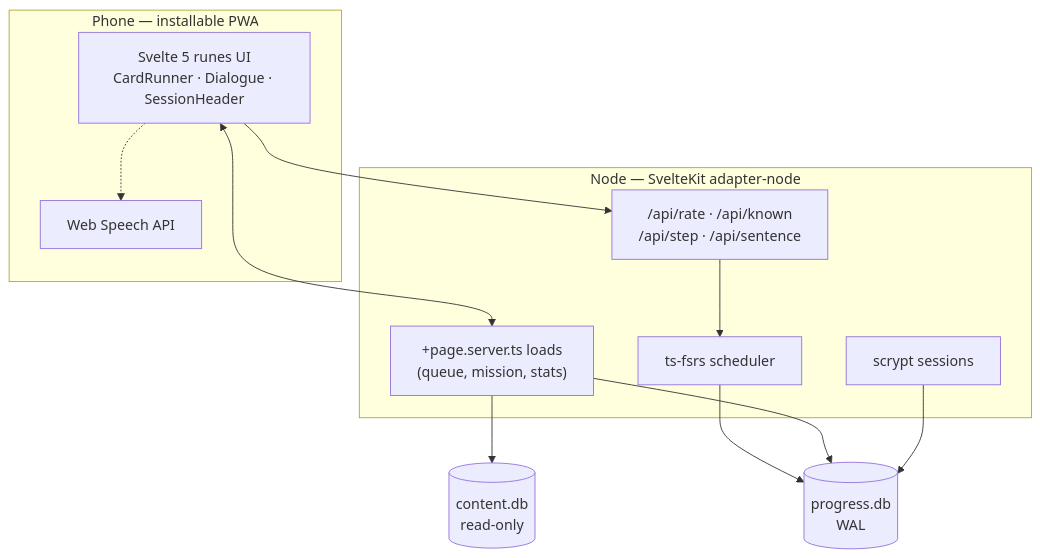
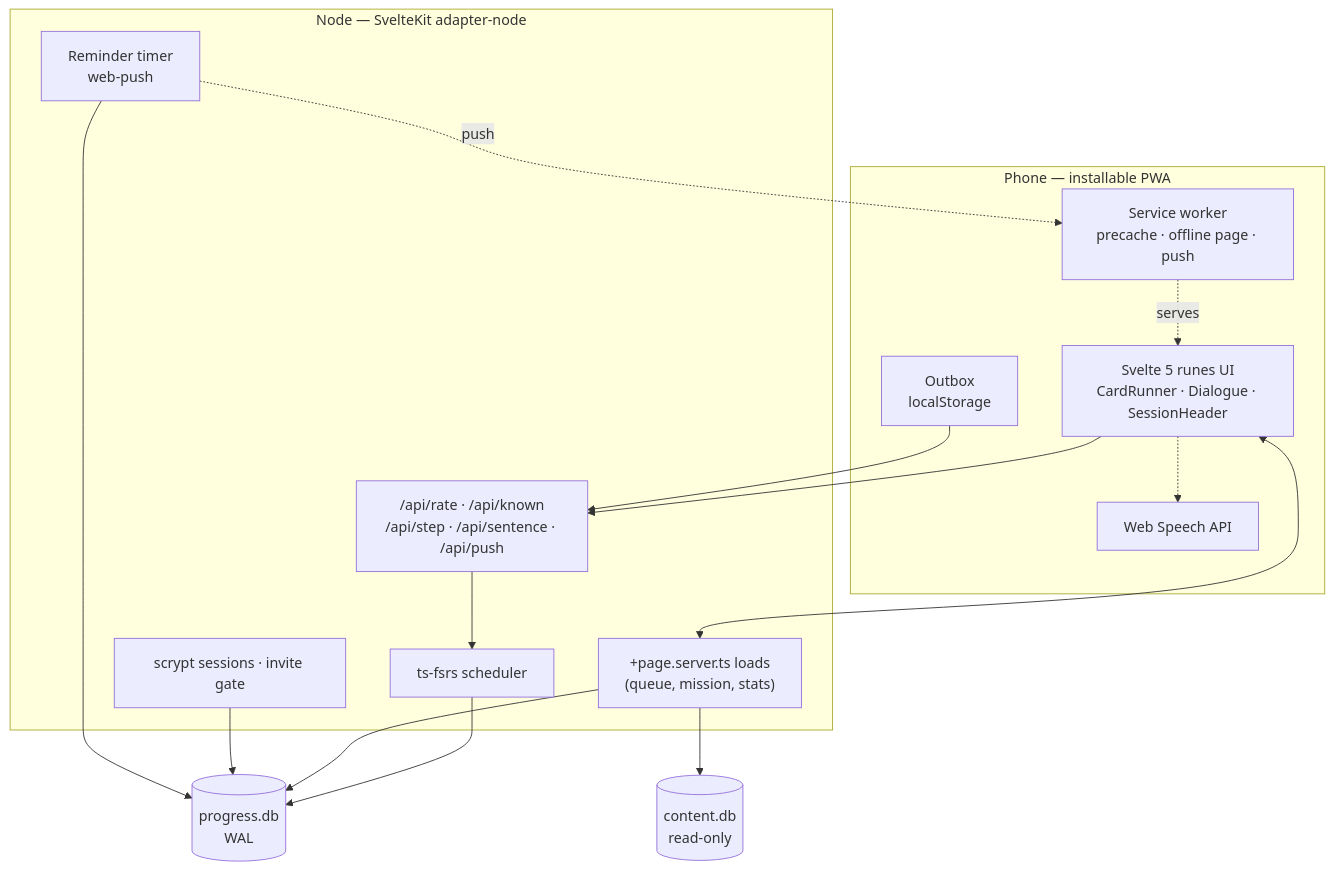
The second of 2 diagrams in README.md (junsangyooo/junglish), drawn with Mermaid before and after one commit. The commit also changed other lines of this file and 16 other files, not shown here.

````diff
--- a/README.md
+++ b/README.md
@@ -120,24 +156,31 @@
 ```mermaid
 flowchart TB
     subgraph Browser["Phone — installable PWA"]
         UI["Svelte 5 runes UI<br/>CardRunner · Dialogue · SessionHeader"]
+        SW["Service worker<br/>precache · offline page · push"]
+        OUT["Outbox<br/>localStorage"]
         TTS["Web Speech API"]
     end
     subgraph Server["Node — SvelteKit adapter-node"]
         LOAD["+page.server.ts loads<br/>(queue, mission, stats)"]
-        API["/api/rate · /api/known<br/>/api/step · /api/sentence"]
+        API["/api/rate · /api/known<br/>/api/step · /api/sentence · /api/push"]
         FSRS["ts-fsrs scheduler"]
-        AUTH["scrypt sessions"]
+        AUTH["scrypt sessions · invite gate"]
+        TIMER["Reminder timer<br/>web-push"]
     end
     CDB[("content.db<br/>read-only")]
     PDB[("progress.db<br/>WAL")]
 
     UI <--> LOAD
     UI --> API
+    OUT --> API
     API --> FSRS
     FSRS --> PDB
     LOAD --> CDB
     LOAD --> PDB
     AUTH --> PDB
+    TIMER --> PDB
+    TIMER -.push.-> SW
+    SW -.serves.-> UI
     UI -.-> TTS
 ```
````
